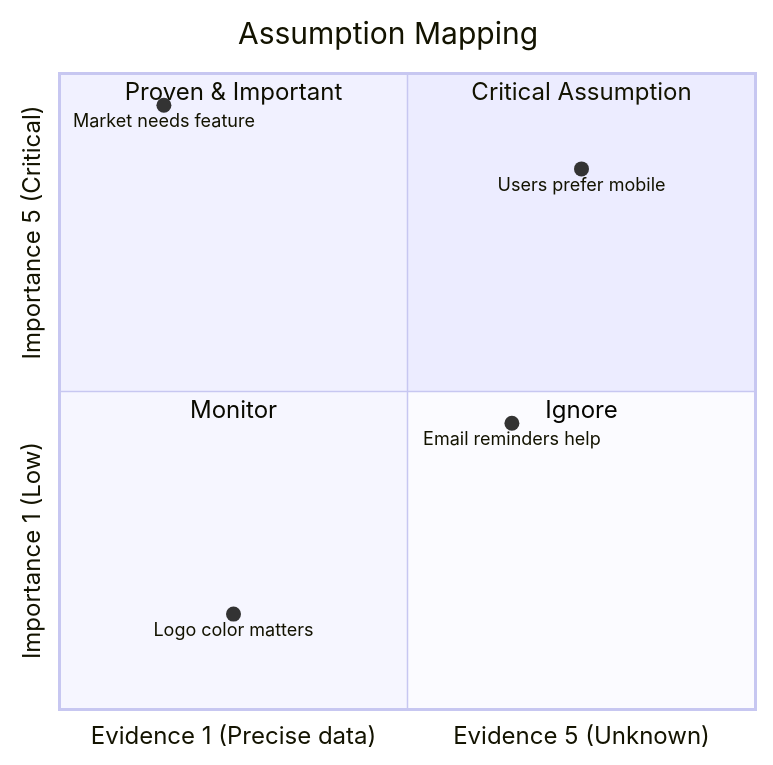
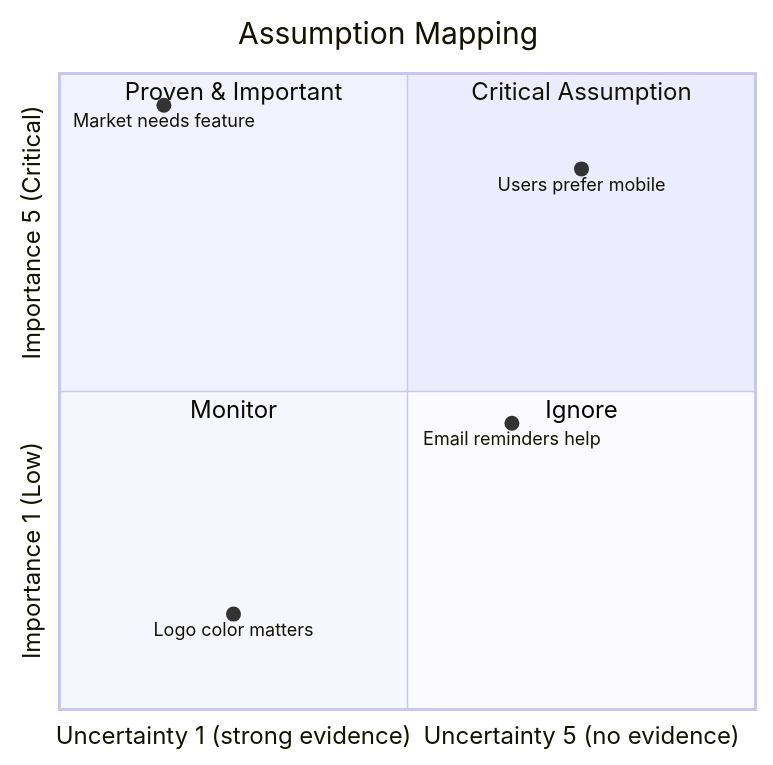
Before and after one commit to DevOn90/test-doc-flow: the diagram in docs/product/discovery/templates/02-assumptions/ASL-assumption-list-[template].md, drawn with Mermaid. The commit also changed other lines of this file and 1 other file, not shown here.

````diff
--- a/docs/product/discovery/templates/02-assumptions/ASL-assumption-list-[template].md
+++ b/docs/product/discovery/templates/02-assumptions/ASL-assumption-list-[template].md
@@ -28,14 +49,14 @@
 ```mermaid
 quadrantChart
     title Assumption Mapping
-    x-axis "Evidence 1 (Precise data)" --> "Evidence 5 (Unknown)"
+    x-axis "Uncertainty 1 (strong evidence)" --> "Uncertainty 5 (no evidence)"
     y-axis "Importance 1 (Low)"-->  "Importance 5 (Critical)"
     quadrant-1 Critical Assumption
     quadrant-2 Proven & Important
     quadrant-3 Monitor
     quadrant-4 Ignore
     "Market needs feature": [0.15,0.95]
     "Users prefer mobile": [0.75,0.85]
     "Email reminders help": [0.65,0.45]
     "Logo color matters": [0.25,0.15]   
 ```
````
